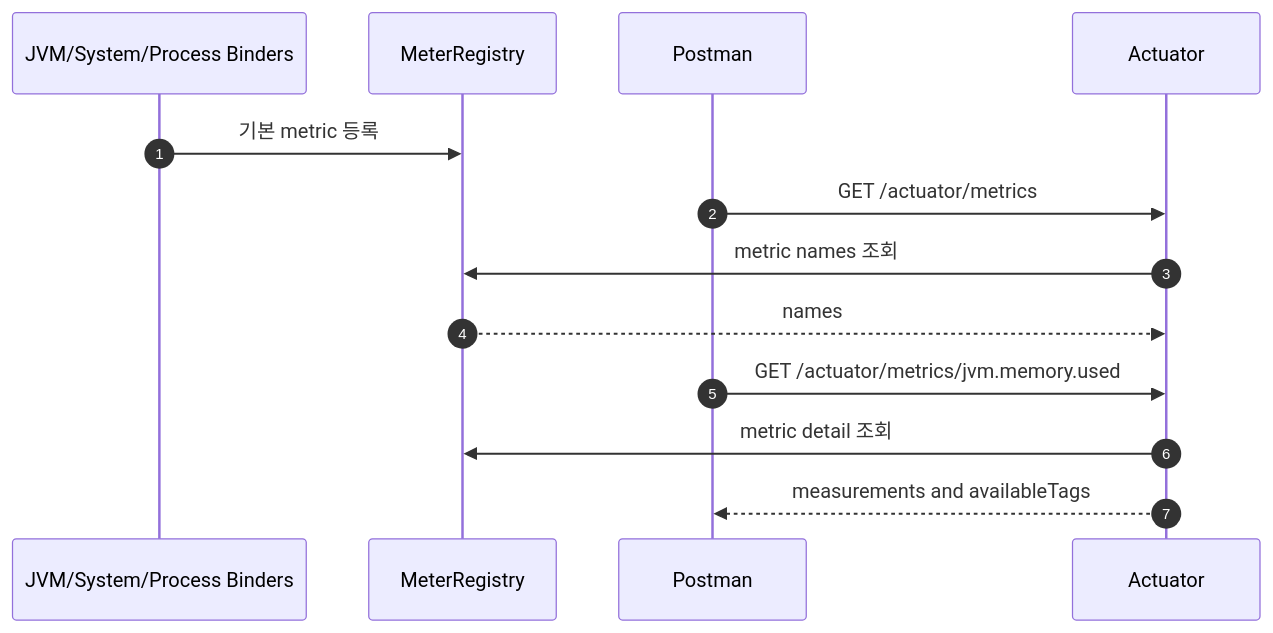
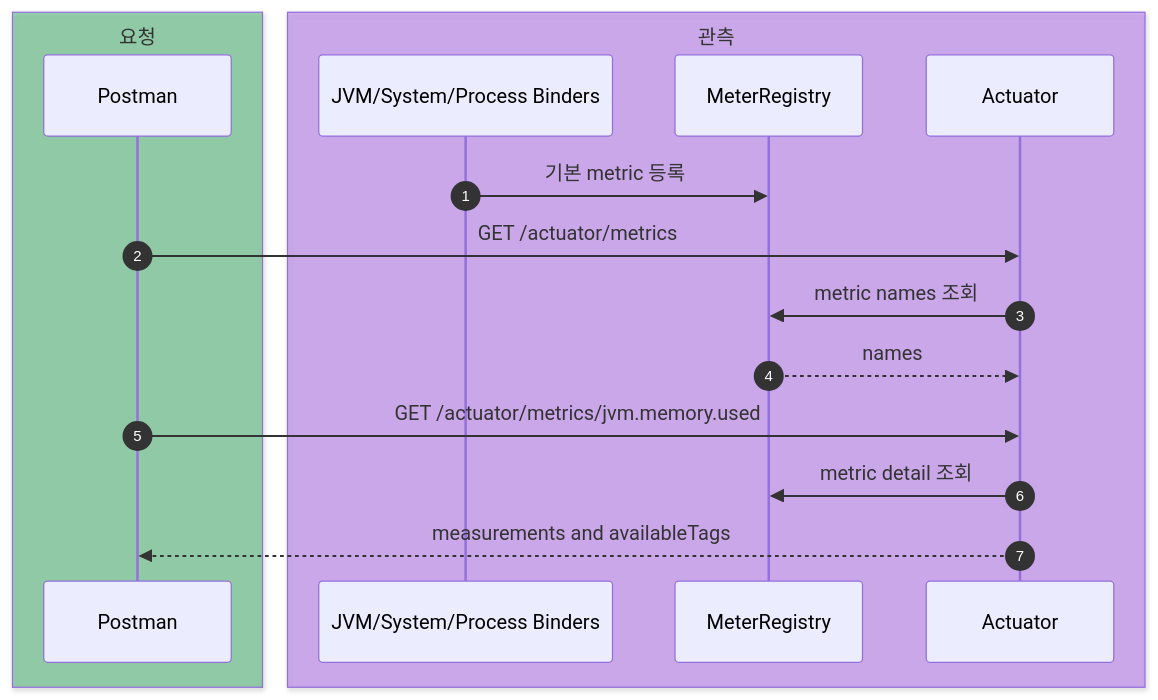
Before and after one commit to HJC96/deep-dive: the fourth of 13 diagrams in labs/spring-boot-actuator/README.md, drawn with Mermaid. The commit also changed other lines of this file and 4 other files, not shown here.

````diff
--- a/labs/spring-boot-actuator/README.md
+++ b/labs/spring-boot-actuator/README.md
@@ -595,16 +622,22 @@
 ```mermaid
 sequenceDiagram
     autonumber
+
+    box rgba(22, 163, 74, 0.40) 요청
+    participant Postman
+    end
+
+    box rgba(147, 51, 234, 0.35) 관측
     participant Binder as JVM/System/Process Binders
     participant Registry as MeterRegistry
-    participant Postman
     participant Actuator
+    end
 
     Binder->>Registry: 기본 metric 등록
     Postman->>Actuator: GET /actuator/metrics
     Actuator->>Registry: metric names 조회
     Registry-->>Actuator: names
     Postman->>Actuator: GET /actuator/metrics/jvm.memory.used
     Actuator->>Registry: metric detail 조회
     Actuator-->>Postman: measurements and availableTags
 ```
````
